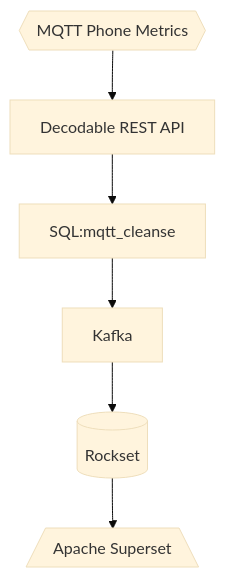
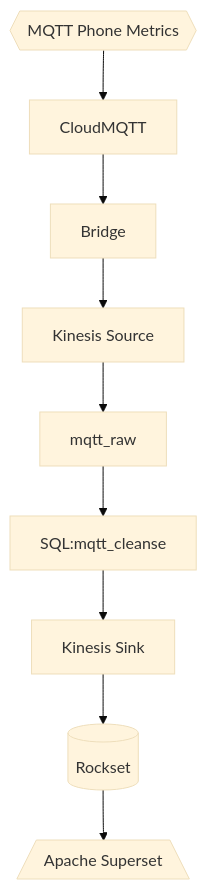
One commit to decodableco/examples changed the diagram in rockset/README.md. Above: the diagram before and after it, drawn with Mermaid (base theme).

````diff
--- a/rockset/README.md
+++ b/rockset/README.md
@@ -5,8 +5,8 @@
 ```mermaid
 flowchart TD;
-    ms{{MQTT Phone Metrics}}-->rest[Decodable REST API]
+    ms{{MQTT Phone Metrics}}-->CloudMQTT-->Bridge-->K1[Kinesis Source]
 
-    rest-->SQL:mqtt_cleanse-->Kafka-->db[(Rockset)]-->as[/Apache Superset\]
+    K1-->mqtt_raw-->SQL:mqtt_cleanse-->K2[Kinesis Sink]-->db[(Rockset)]-->as[/Apache Superset\]
 
 
 ```
````
